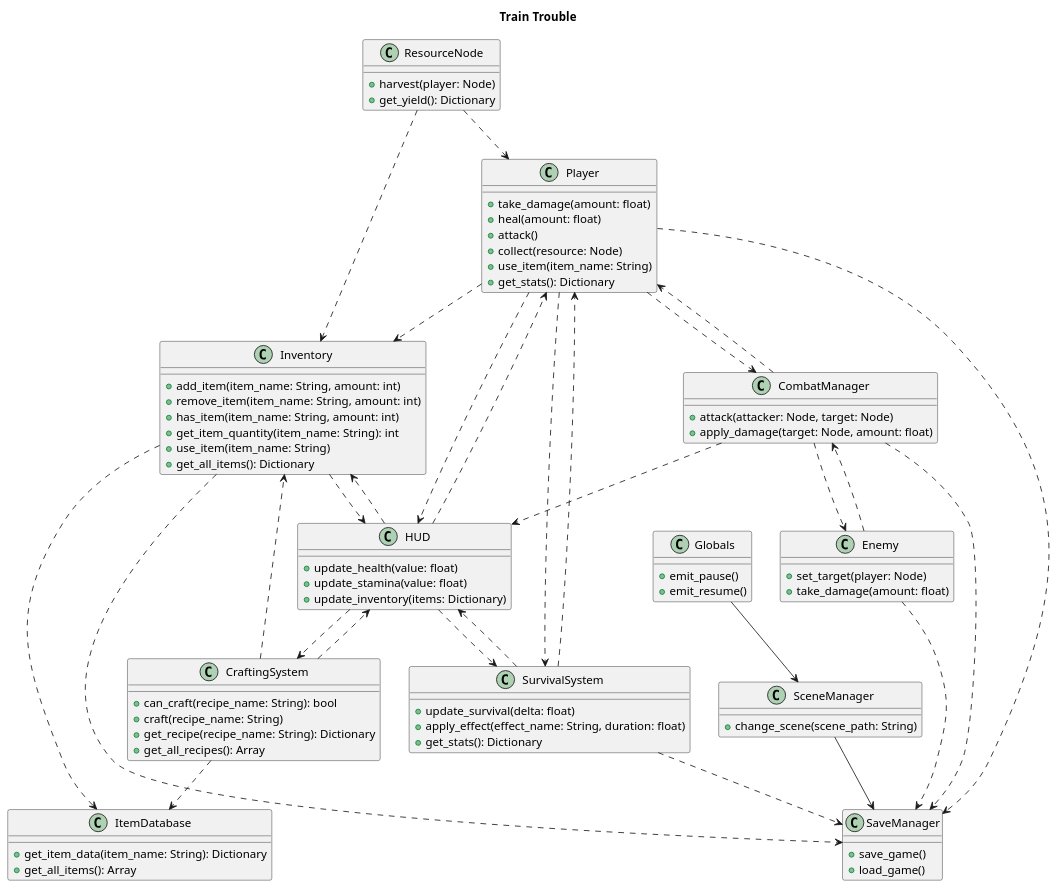
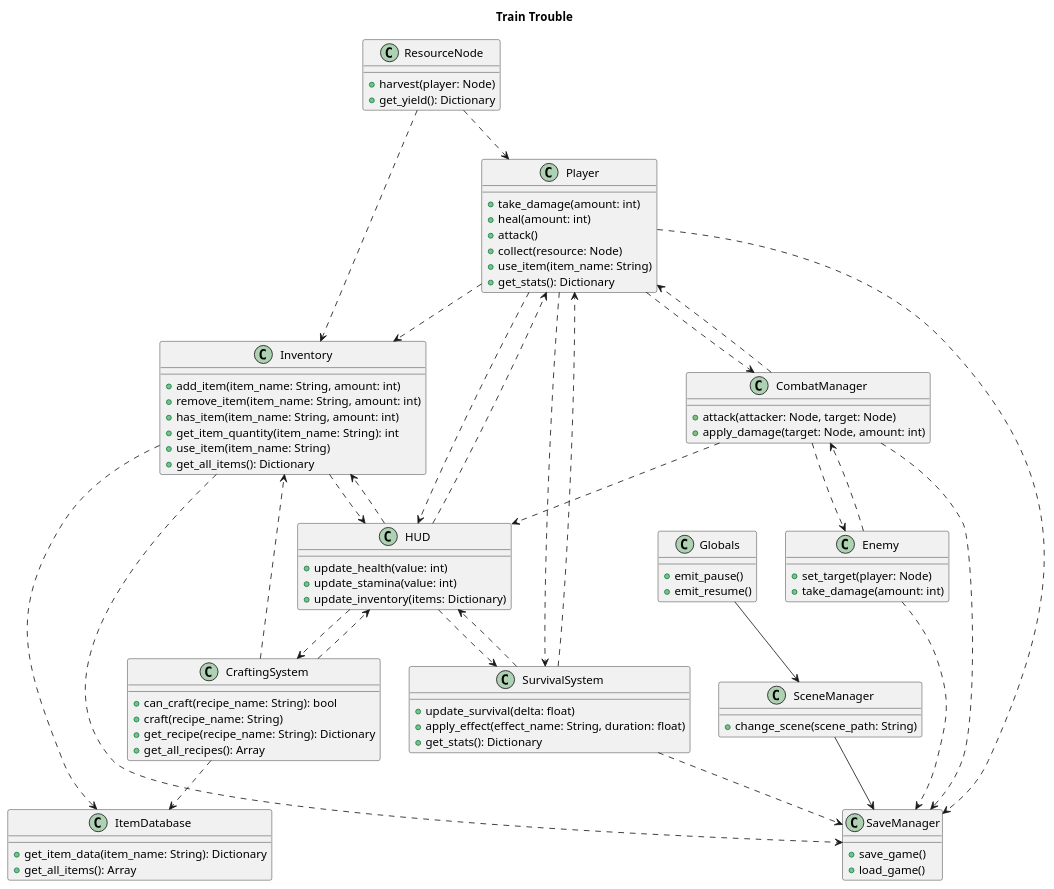
Before and after one commit to EyeAmTheOne/CS180_Project: the diagram in docs/class_diagram.puml, drawn with PlantUML.

Commit message:
Change damage and health methods to use int

```diff
--- a/docs/class_diagram.puml
+++ b/docs/class_diagram.puml
@@ -1,112 +1,111 @@
 @startuml
 title Train Trouble
 
 class Globals {
   + emit_pause()
   + emit_resume()
 }
 
 class SceneManager {
   + change_scene(scene_path: String)
 }
 
 class SaveManager {
   + save_game()
   + load_game()
 }
 
 Globals --> SceneManager
 SceneManager --> SaveManager
 
 class Player {
-  + take_damage(amount: float)
-  + heal(amount: float)
+  + take_damage(amount: int)
+  + heal(amount: int)
   + attack()
   + collect(resource: Node)
   + use_item(item_name: String)
   + get_stats(): Dictionary
 }
 
 Player ..> Inventory
 Player ..> CombatManager
 Player ..> SurvivalSystem
 Player ..> HUD
 Player ..> SaveManager
 
 class Inventory {
   + add_item(item_name: String, amount: int)
   + remove_item(item_name: String, amount: int)
   + has_item(item_name: String, amount: int)
   + get_item_quantity(item_name: String): int
   + use_item(item_name: String)
   + get_all_items(): Dictionary
 }
 
 class ItemDatabase {
   + get_item_data(item_name: String): Dictionary
   + get_all_items(): Array
 }
 
 Inventory ..> ItemDatabase
 Inventory ..> HUD
 Inventory ..> SaveManager
 
 class CraftingSystem {
   + can_craft(recipe_name: String): bool
   + craft(recipe_name: String)
   + get_recipe(recipe_name: String): Dictionary
   + get_all_recipes(): Array
 }
 
 CraftingSystem ..> Inventory
 CraftingSystem ..> ItemDatabase
 CraftingSystem ..> HUD
 
 class ResourceNode {
   + harvest(player: Node)
   + get_yield(): Dictionary
 }
 
 ResourceNode ..> Inventory
 ResourceNode ..> Player
 
 class CombatManager {
   + attack(attacker: Node, target: Node)
-  + apply_damage(target: Node, amount: float)
+  + apply_damage(target: Node, amount: int)
 }
 
 CombatManager ..> Player
 CombatManager ..> Enemy
 CombatManager ..> HUD
 CombatManager ..> SaveManager
 
 class Enemy {
   + set_target(player: Node)
-  + take_damage(amount: float)
+  + take_damage(amount: int)
 }
 
 Enemy ..> CombatManager
 Enemy ..> SaveManager
 
 class SurvivalSystem {
   + update_survival(delta: float)
   + apply_effect(effect_name: String, duration: float)
   + get_stats(): Dictionary
 }
 
 SurvivalSystem ..> Player
 SurvivalSystem ..> HUD
 SurvivalSystem ..> SaveManager
 
 class HUD {
-  + update_health(value: float)
-  + update_stamina(value: float)
+  + update_health(value: int)
+  + update_stamina(value: int)
   + update_inventory(items: Dictionary)
 }
 
 HUD ..> Player
 HUD ..> Inventory
 HUD ..> CraftingSystem
 HUD ..> SurvivalSystem
-
 @enduml
```
